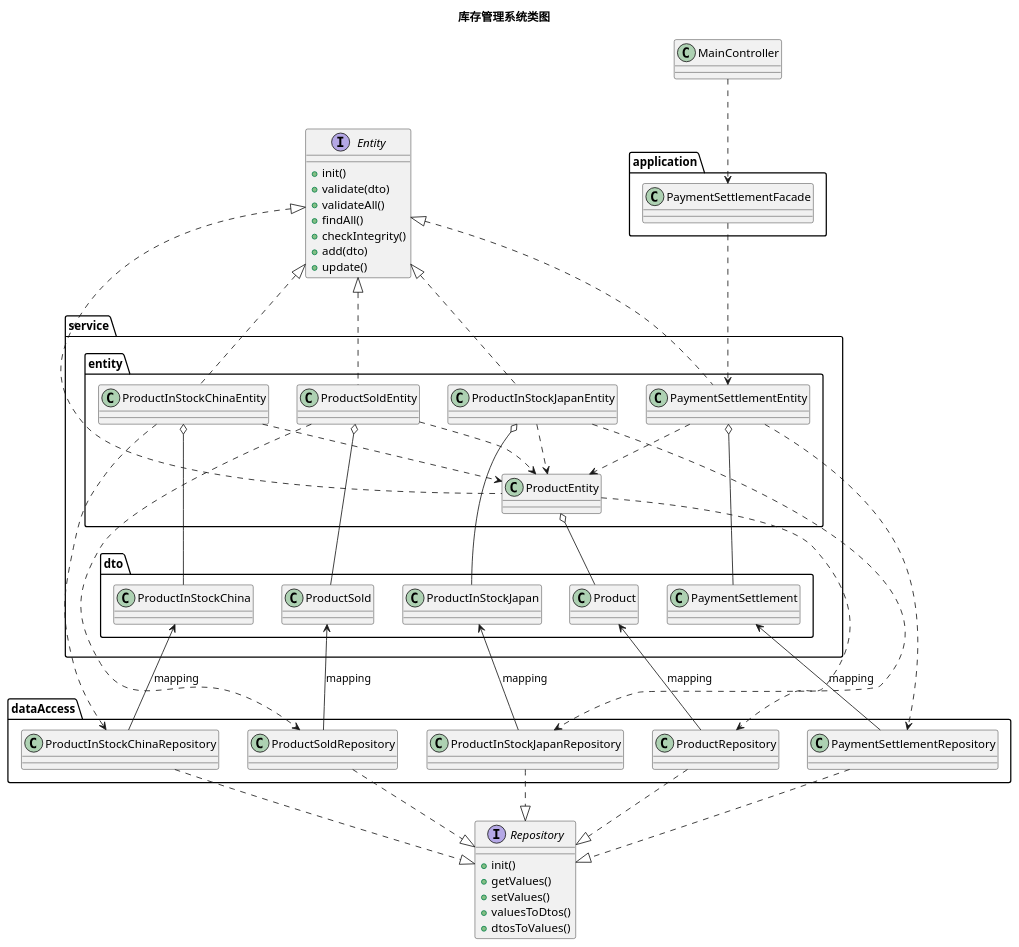
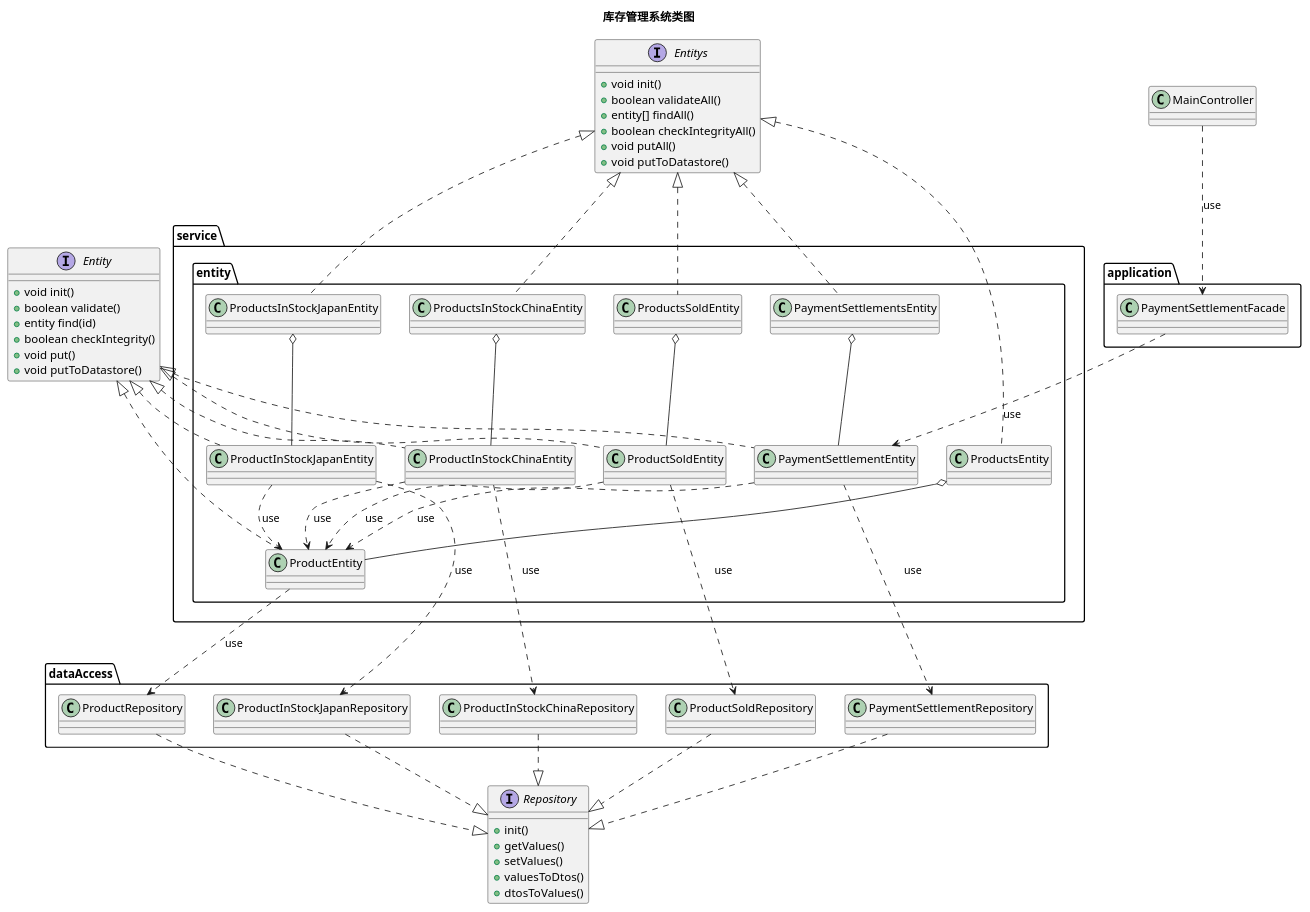
Before and after one commit to coolboy0961/inventory-control: the diagram in desginDoc/resource/image/class.pu, drawn with PlantUML. The commit also changed 8 other files, not shown here.

```diff
--- a/desginDoc/resource/image/class.pu
+++ b/desginDoc/resource/image/class.pu
@@ -1,87 +1,96 @@
 @startuml
 title 库存管理系统类图
 
   interface Entity{
-    + init()
-    + validate(dto)
-    + validateAll()
-    + findAll()
-    + checkIntegrity()
-    + add(dto)
-    + update()
+    + void init()
+    + boolean validate()
+    + entity find(id)
+    + boolean checkIntegrity()
+    + void put()
+    + void putToDatastore()
+  }
+  interface Entitys{
+    + void init()
+    + boolean validateAll()
+    + entity[] findAll()
+    + boolean checkIntegrityAll()
+    + void putAll()
+    + void putToDatastore()
   }
   interface Repository{
     + init()
     + getValues()
     + setValues()
     + valuesToDtos()
     + dtosToValues()
   }
 
 class MainController
 
 package application{
   class PaymentSettlementFacade
 }
 package dataAccess{
   class ProductRepository
   class ProductInStockJapanRepository
   class ProductInStockChinaRepository
   class ProductSoldRepository
   class PaymentSettlementRepository
 }
 package service{
   package entity{
     class ProductEntity
+    class ProductsEntity
     class ProductInStockJapanEntity
+    class ProductsInStockJapanEntity
     class ProductInStockChinaEntity
+    class ProductsInStockChinaEntity
     class ProductSoldEntity
+    class ProductsSoldEntity
     class PaymentSettlementEntity
-  }
-  package dto{
-    class Product
-    class ProductInStockJapan
-    class ProductInStockChina
-    class ProductSold
-    class PaymentSettlement
+    class PaymentSettlementsEntity
   }
 
 }
 
 ProductEntity -.up|> Entity
 ProductInStockJapanEntity -.up|> Entity
 ProductInStockChinaEntity -.up|> Entity
 ProductSoldEntity -.up|> Entity
 PaymentSettlementEntity -.up|> Entity
 
+ProductsEntity -.up|> Entitys
+ProductsInStockJapanEntity -.up|> Entitys
+ProductsInStockChinaEntity -.up|> Entitys
+ProductsSoldEntity -.up|> Entitys
+PaymentSettlementsEntity -.up|> Entitys
+
+ProductsEntity o-- ProductEntity
+ProductsInStockJapanEntity o-- ProductInStockJapanEntity
+ProductsInStockChinaEntity o-- ProductInStockChinaEntity
+ProductsSoldEntity o-- ProductSoldEntity
+PaymentSettlementsEntity o-- PaymentSettlementEntity
+
 ProductRepository -.|> Repository
 ProductInStockJapanRepository -.|> Repository
 ProductInStockChinaRepository -.|> Repository
 ProductSoldRepository -.|> Repository
 PaymentSettlementRepository -.|> Repository
 
-MainController -.> PaymentSettlementFacade
-PaymentSettlementFacade -.> PaymentSettlementEntity
-PaymentSettlementEntity -.> PaymentSettlementRepository
-PaymentSettlementEntity -.> ProductEntity
-ProductEntity -.> ProductRepository
-ProductInStockJapanEntity -.> ProductInStockJapanRepository
-ProductInStockJapanEntity -.> ProductEntity
-ProductInStockChinaEntity -.> ProductInStockChinaRepository
-ProductInStockChinaEntity -.> ProductEntity
-ProductSoldEntity -.> ProductSoldRepository
-ProductSoldEntity -.> ProductEntity
-ProductEntity o-- Product
-ProductInStockJapanEntity o-- ProductInStockJapan
-ProductInStockChinaEntity o-- ProductInStockChina
-ProductSoldEntity o-- ProductSold
-PaymentSettlementEntity o-- PaymentSettlement
+MainController -.> PaymentSettlementFacade : use
+PaymentSettlementFacade -.> PaymentSettlementEntity : use
+PaymentSettlementEntity -.> PaymentSettlementRepository : use
+PaymentSettlementEntity -.> ProductEntity : use
+ProductEntity -.> ProductRepository : use
+ProductInStockJapanEntity -.> ProductInStockJapanRepository : use
+ProductInStockJapanEntity -.> ProductEntity : use
+ProductInStockChinaEntity -.> ProductInStockChinaRepository : use
+ProductInStockChinaEntity -.> ProductEntity : use
+ProductSoldEntity -.> ProductSoldRepository : use
+ProductSoldEntity -.> ProductEntity : use
 
-ProductRepository --up> Product : mapping
-ProductInStockJapanRepository --up> ProductInStockJapan : mapping
-ProductInStockChinaRepository --up> ProductInStockChina : mapping
-ProductSoldRepository --up> ProductSold : mapping
-PaymentSettlementRepository --up> PaymentSettlement : mapping
+
+
 
 
 @enduml
```
